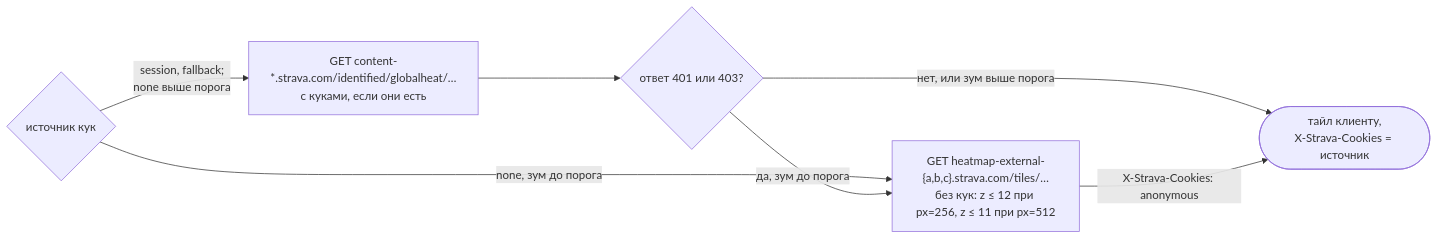
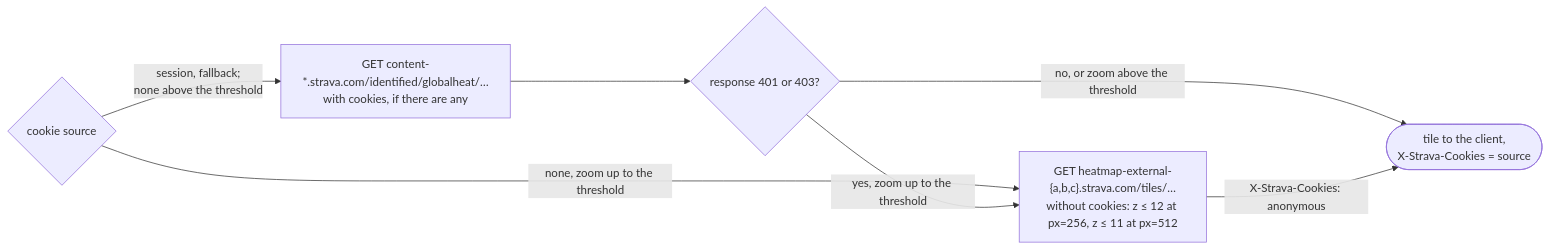
Before and after one commit to sergeycw/nakarte: the third of 3 diagrams in docs/architecture/cors-proxy.md, drawn with Mermaid. The commit also changed other lines of this file and 11 other files, not shown here.

````diff
--- a/docs/architecture/cors-proxy.md
+++ b/docs/architecture/cors-proxy.md
@@ -104,15 +113,15 @@
 ```mermaid
 flowchart LR
-    src{"источник кук"}
-    anon["GET heatmap-external-{a,b,c}.strava.com/tiles/…<br/>без кук: z ≤ 12 при px=256, z ≤ 11 при px=512"]
-    cf["GET content-*.strava.com/identified/globalheat/…<br/>с куками, если они есть"]
-    rej{"ответ 401 или 403?"}
-    out(["тайл клиенту,<br/>X-Strava-Cookies = источник"])
+    src{"cookie source"}
+    anon["GET heatmap-external-{a,b,c}.strava.com/tiles/…<br/>without cookies: z ≤ 12 at px=256, z ≤ 11 at px=512"]
+    cf["GET content-*.strava.com/identified/globalheat/…<br/>with cookies, if there are any"]
+    rej{"response 401 or 403?"}
+    out(["tile to the client,<br/>X-Strava-Cookies = source"])
 
-    src -->|"none, зум до порога"| anon
-    src -->|"session, fallback;<br/>none выше порога"| cf
+    src -->|"none, zoom up to the threshold"| anon
+    src -->|"session, fallback;<br/>none above the threshold"| cf
     cf --> rej
-    rej -->|"нет, или зум выше порога"| out
-    rej -->|"да, зум до порога"| anon
+    rej -->|"no, or zoom above the threshold"| out
+    rej -->|"yes, zoom up to the threshold"| anon
     anon -->|"X-Strava-Cookies: anonymous"| out
 ```
````
